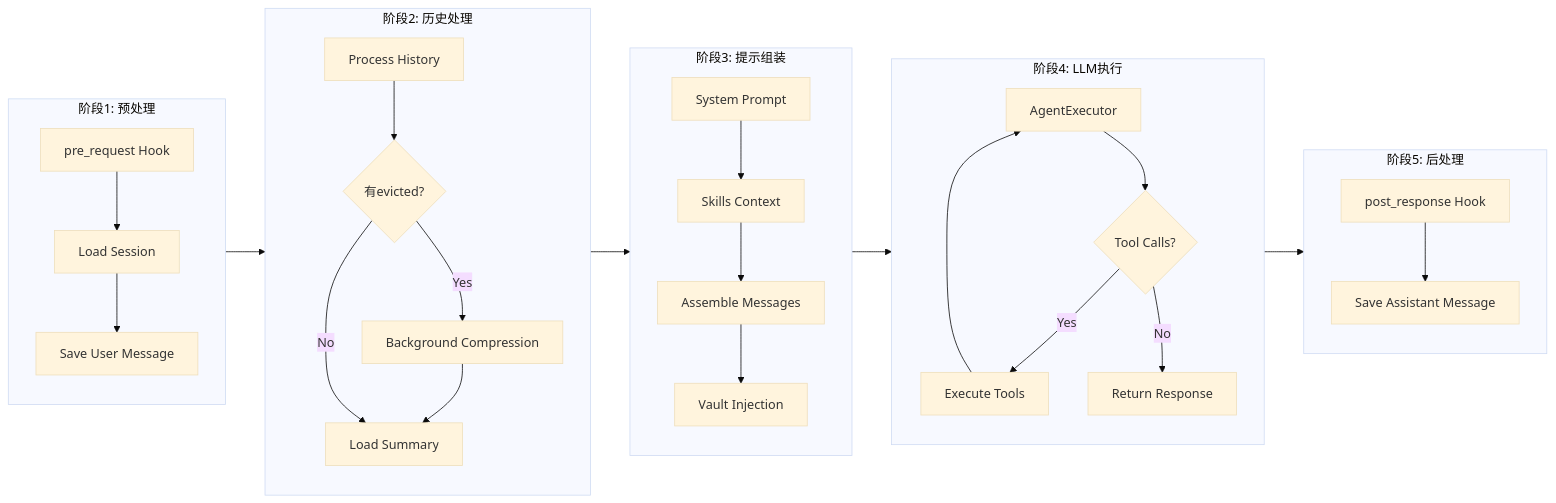
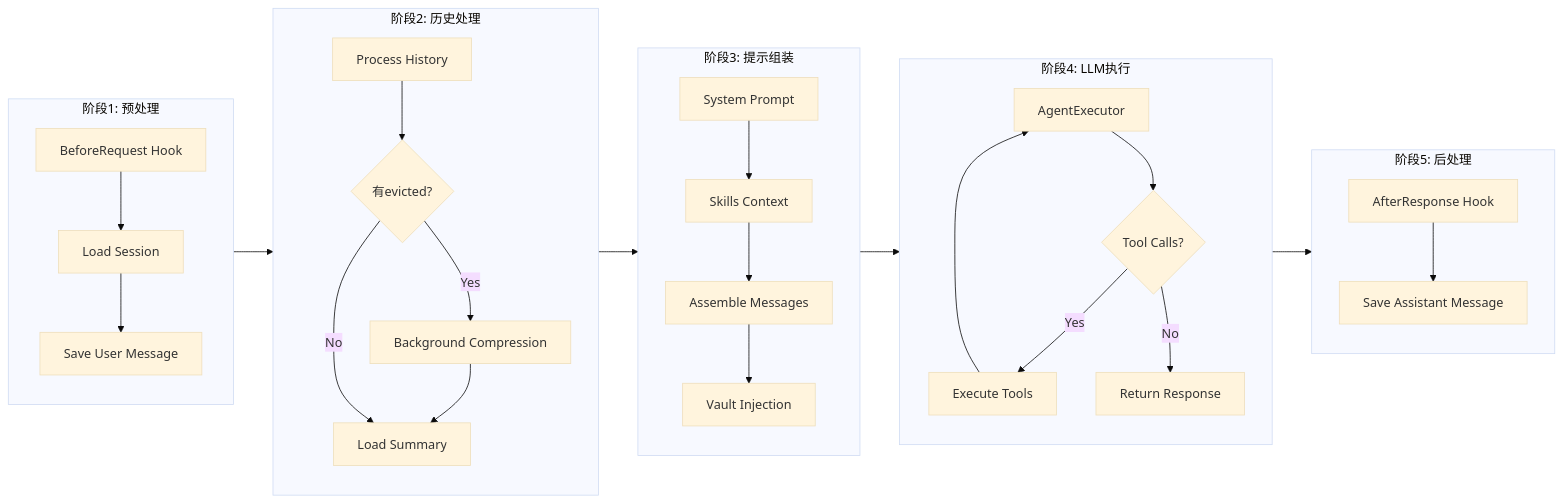
The second of 4 diagrams in docs/agent_flow.md (yeheng/nanobot-rs), drawn with Mermaid (base theme) before and after one commit. The commit also changed other lines of this file and 15 other files, not shown here.

````diff
--- a/docs/agent_flow.md
+++ b/docs/agent_flow.md
@@ -63,33 +67,33 @@
 ```mermaid
 flowchart LR
     subgraph Phase1["阶段1: 预处理"]
-        A[pre_request Hook] --> B[Load Session]
+        A[BeforeRequest Hook] --> B[Load Session]
         B --> C[Save User Message]
     end
 
     subgraph Phase2["阶段2: 历史处理"]
         D[Process History] --> E{有evicted?}
         E -->|Yes| F[Background Compression]
         E -->|No| G[Load Summary]
         F --> G
     end
 
     subgraph Phase3["阶段3: 提示组装"]
         H[System Prompt] --> I[Skills Context]
         I --> J[Assemble Messages]
         J --> K[Vault Injection]
     end
 
     subgraph Phase4["阶段4: LLM执行"]
         L[AgentExecutor] --> M{Tool Calls?}
         M -->|Yes| N[Execute Tools]
         N --> L
         M -->|No| O[Return Response]
     end
 
     subgraph Phase5["阶段5: 后处理"]
-        P[post_response Hook] --> Q[Save Assistant Message]
+        P[AfterResponse Hook] --> Q[Save Assistant Message]
     end
 
     Phase1 --> Phase2 --> Phase3 --> Phase4 --> Phase5
 ```
````
